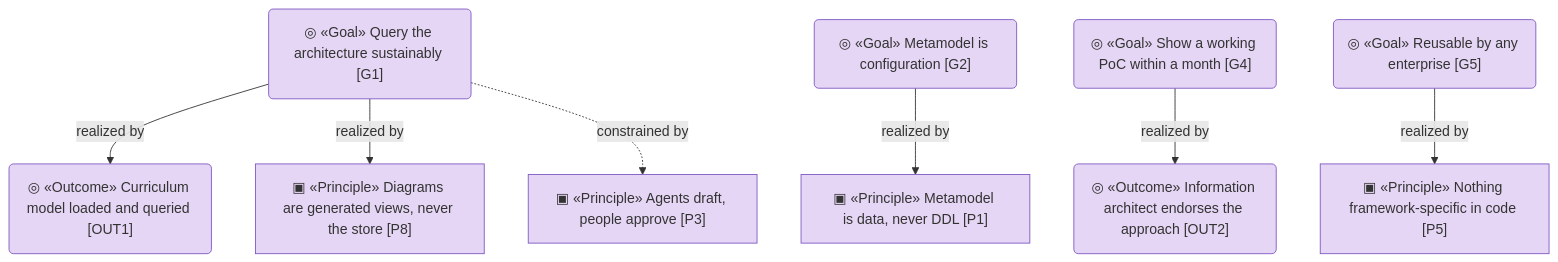
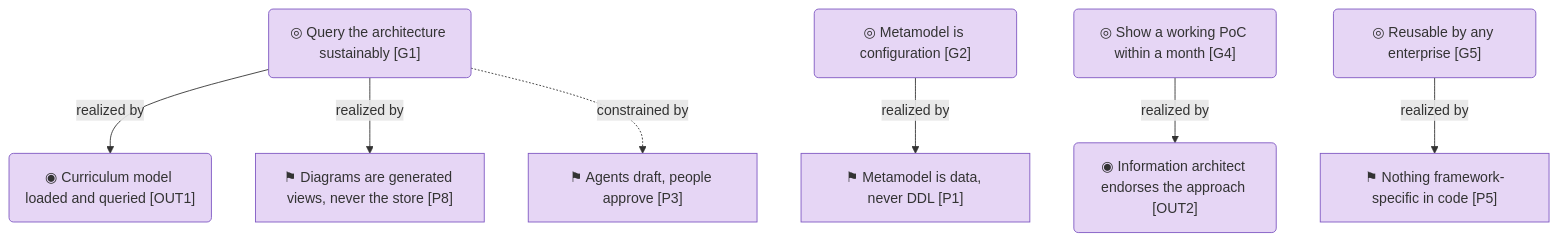
One commit to bocanegratqut/dbx-enterprise-architecture changed the fourth of 4 diagrams in architecture/1_strategy/1_motivation.md. Above: the diagram before and after it, drawn with Mermaid. The commit also changed other lines of this file and 25 other files, not shown here.

````diff
--- a/architecture/1_strategy/1_motivation.md
+++ b/architecture/1_strategy/1_motivation.md
@@ -66,21 +108,21 @@
 ```mermaid
 flowchart TB
-  g1("◎ «Goal» Query the architecture sustainably [G1]"):::motivation
-  g2("◎ «Goal» Metamodel is configuration [G2]"):::motivation
-  g4("◎ «Goal» Show a working PoC within a month [G4]"):::motivation
-  g5("◎ «Goal» Reusable by any enterprise [G5]"):::motivation
-  p1["▣ «Principle» Metamodel is data, never DDL [P1]"]:::motivation
-  p3["▣ «Principle» Agents draft, people approve [P3]"]:::motivation
-  p5["▣ «Principle» Nothing framework-specific in code [P5]"]:::motivation
-  p8["▣ «Principle» Diagrams are generated views, never the store [P8]"]:::motivation
-  out1("◎ «Outcome» Curriculum model loaded and queried [OUT1]"):::motivation
-  out2("◎ «Outcome» Information architect endorses the approach [OUT2]"):::motivation
+  g1("◎ Query the architecture sustainably [G1]"):::motivation
+  g2("◎ Metamodel is configuration [G2]"):::motivation
+  g4("◎ Show a working PoC within a month [G4]"):::motivation
+  g5("◎ Reusable by any enterprise [G5]"):::motivation
+  p1["⚑ Metamodel is data, never DDL [P1]"]:::motivation
+  p3["⚑ Agents draft, people approve [P3]"]:::motivation
+  p5["⚑ Nothing framework-specific in code [P5]"]:::motivation
+  p8["⚑ Diagrams are generated views, never the store [P8]"]:::motivation
+  out1("◉ Curriculum model loaded and queried [OUT1]"):::motivation
+  out2("◉ Information architect endorses the approach [OUT2]"):::motivation
   g1 -->|realized by| out1
   g4 -->|realized by| out2
   g2 -->|realized by| p1
   g5 -->|realized by| p5
   g1 -->|realized by| p8
   g1 -.->|constrained by| p3
 
   classDef motivation fill:#e6d6f5,stroke:#7e57c2,color:#333
 ```
````
